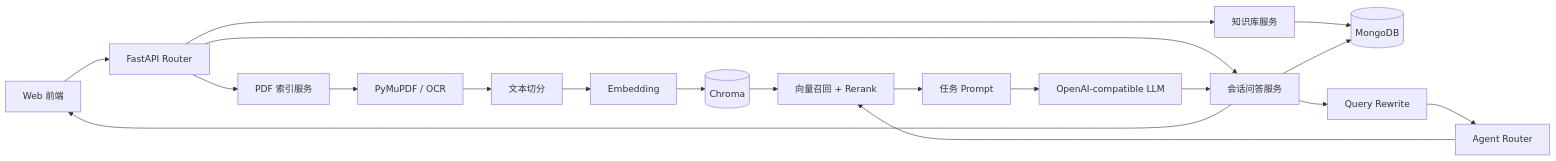
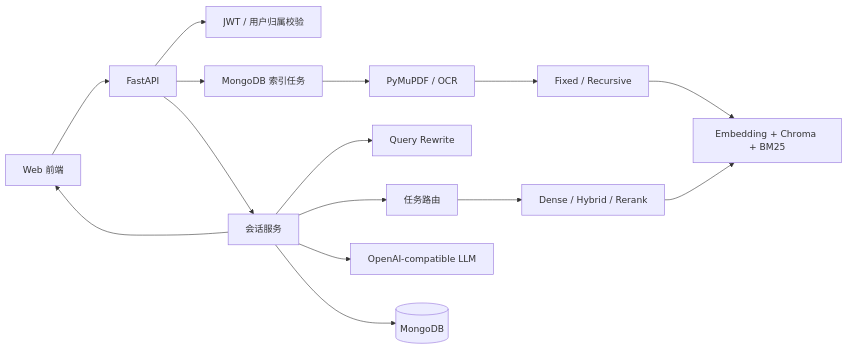
Before and after one commit to ljiaming-0218/DocRag: the diagram in README.md, drawn with Mermaid. The commit also changed other lines of this file and 9 other files, not shown here.

````diff
--- a/README.md
+++ b/README.md
@@ -125,22 +89,17 @@
 ```mermaid
 flowchart LR
-    UI[Web 前端] --> API[FastAPI Router]
-    API --> KB[知识库服务]
-    KB --> MEMORY[(MongoDB)]
-    API --> INGEST[PDF 索引服务]
-    INGEST --> PARSE[PyMuPDF / OCR]
-    PARSE --> SPLIT[文本切分]
-    SPLIT --> EMBED[Embedding]
-    EMBED --> CHROMA[(Chroma)]
-
-    API --> CHAT[会话问答服务]
-    CHAT --> MEMORY
+    UI[Web 前端] --> API[FastAPI]
+    API --> AUTH[JWT / 用户归属校验]
+    API --> JOB[MongoDB 索引任务]
+    JOB --> PARSE[PyMuPDF / OCR]
+    PARSE --> SPLIT[Fixed / Recursive]
+    SPLIT --> INDEX[Embedding + Chroma + BM25]
+    API --> CHAT[会话服务]
     CHAT --> REWRITE[Query Rewrite]
-    REWRITE --> AGENT[Agent Router]
-    AGENT --> RETRIEVE[向量召回 + Rerank]
-    CHROMA --> RETRIEVE
-    RETRIEVE --> PROMPT[任务 Prompt]
-    PROMPT --> LLM[OpenAI-compatible LLM]
-    LLM --> CHAT
+    CHAT --> ROUTER[任务路由]
+    ROUTER --> SEARCH[Dense / Hybrid / Rerank]
+    SEARCH --> INDEX
+    CHAT --> LLM[OpenAI-compatible LLM]
+    CHAT --> STORE[(MongoDB)]
     CHAT --> UI
 ```
````
